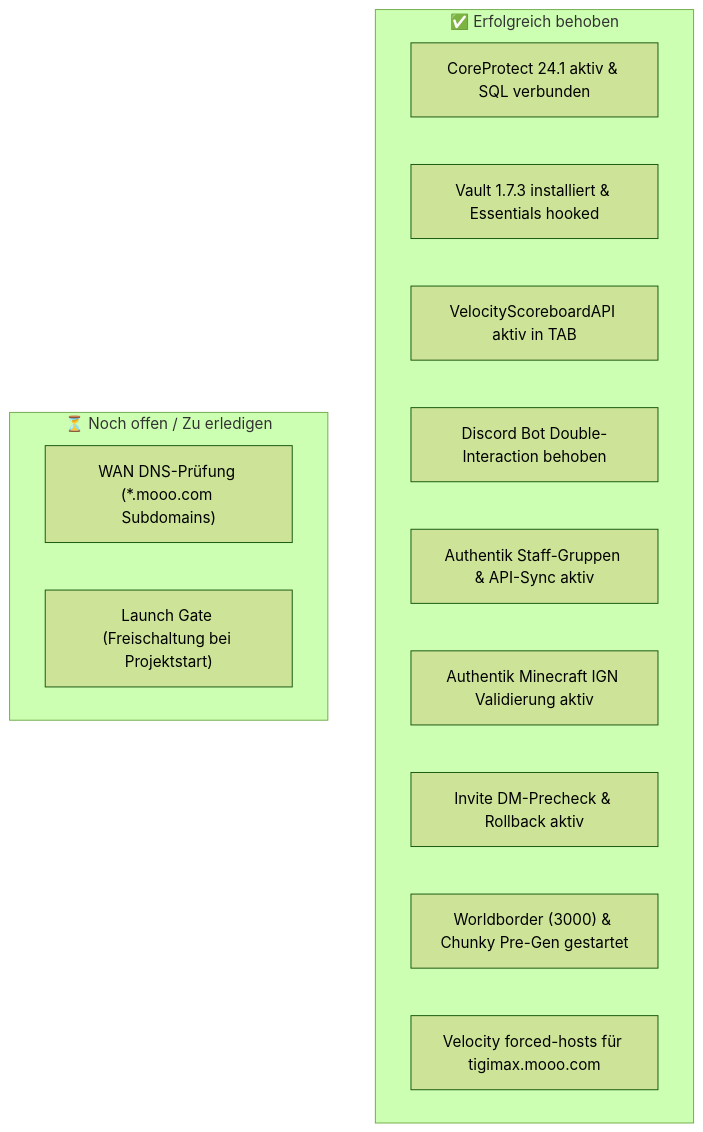
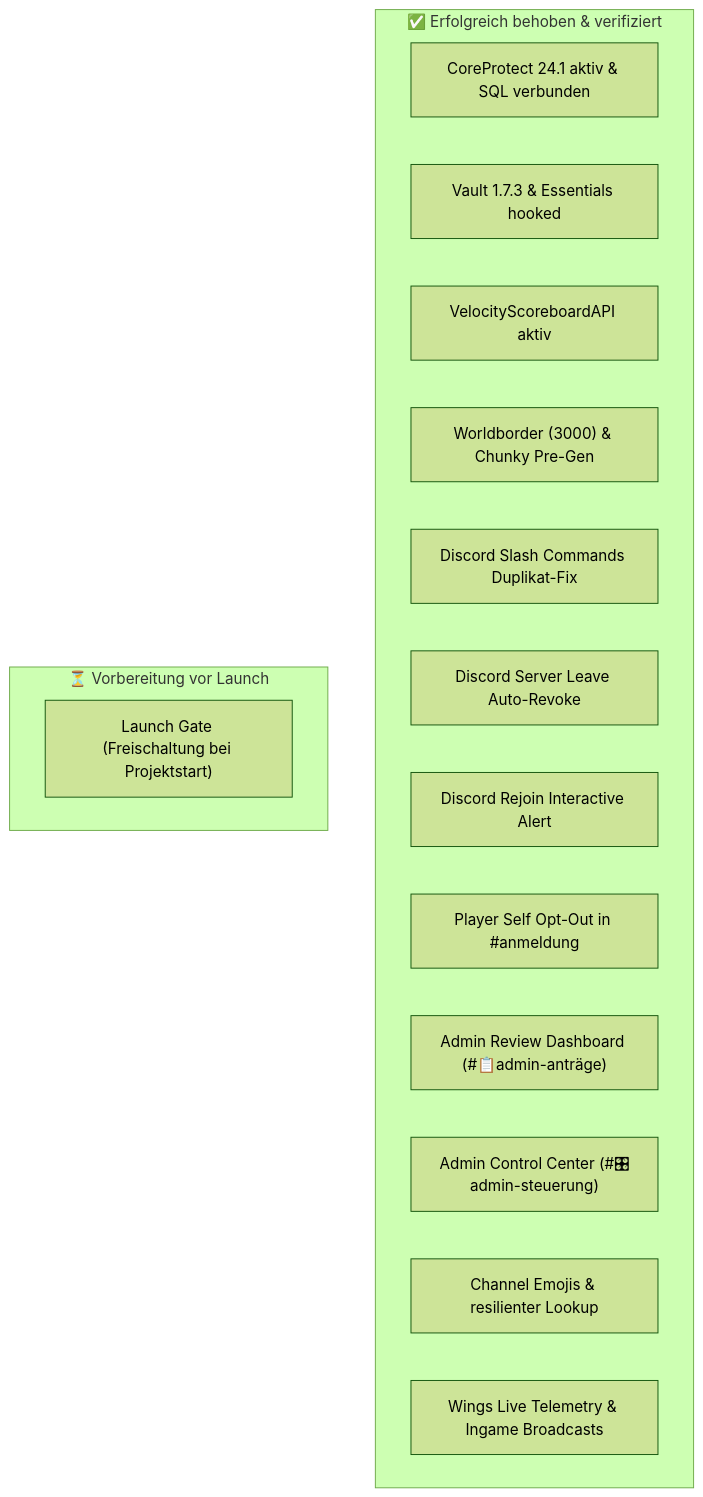
The diagram in docs/open_issues_and_action_items.md (Tigimax/minecraft-weihnachtsdorf-team), drawn with Mermaid (forest theme) before and after one commit. The commit also changed other lines of this file and 5 other files, not shown here.

Commit message:
docs: comprehensive update covering Discord admin channels, 22 slash commands, auto-revoke, appeals & telemetry

````diff
--- a/docs/open_issues_and_action_items.md
+++ b/docs/open_issues_and_action_items.md
@@ -10,19 +10,21 @@
 ```mermaid
 flowchart TD
-    subgraph SOLVED["✅ Erfolgreich behoben"]
+    subgraph SOLVED["✅ Erfolgreich behoben & verifiziert"]
         CP["CoreProtect 24.1 aktiv & SQL verbunden"]
-        VAULT["Vault 1.7.3 installiert & Essentials hooked"]
-        TAB["VelocityScoreboardAPI aktiv in TAB"]
-        BOT["Discord Bot Double-Interaction behoben"]
-        AK["Authentik Staff-Gruppen & API-Sync aktiv"]
-        IGN["Authentik Minecraft IGN Validierung aktiv"]
-        INV["Invite DM-Precheck & Rollback aktiv"]
-        WB["Worldborder (3000) & Chunky Pre-Gen gestartet"]
-        VH["Velocity forced-hosts für tigimax.mooo.com"]
+        VAULT["Vault 1.7.3 & Essentials hooked"]
+        TAB["VelocityScoreboardAPI aktiv"]
+        WB["Worldborder (3000) & Chunky Pre-Gen"]
+        CMD["Discord Slash Commands Duplikat-Fix"]
+        LEV["Discord Server Leave Auto-Revoke"]
+        REJ["Discord Rejoin Interactive Alert"]
+        OPT["Player Self Opt-Out in #anmeldung"]
+        REV["Admin Review Dashboard (#📋admin-anträge)"]
+        CTL["Admin Control Center (#🎛admin-steuerung)"]
+        EMO["Channel Emojis & resilienter Lookup"]
+        TEL["Wings Live Telemetry & Ingame Broadcasts"]
     end
 
-    subgraph OPEN["⏳ Noch offen / Zu erledigen"]
-        WAN["WAN DNS-Prüfung (*.mooo.com Subdomains)"]
+    subgraph OPEN["⏳ Vorbereitung vor Launch"]
         GATE["Launch Gate (Freischaltung bei Projektstart)"]
     end
 ```
````
